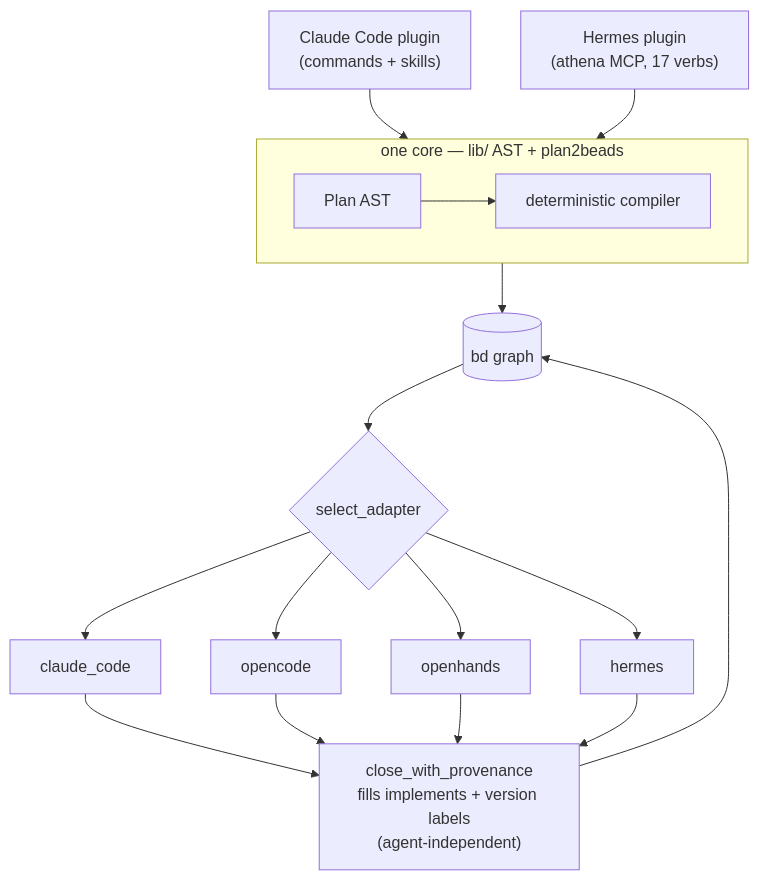
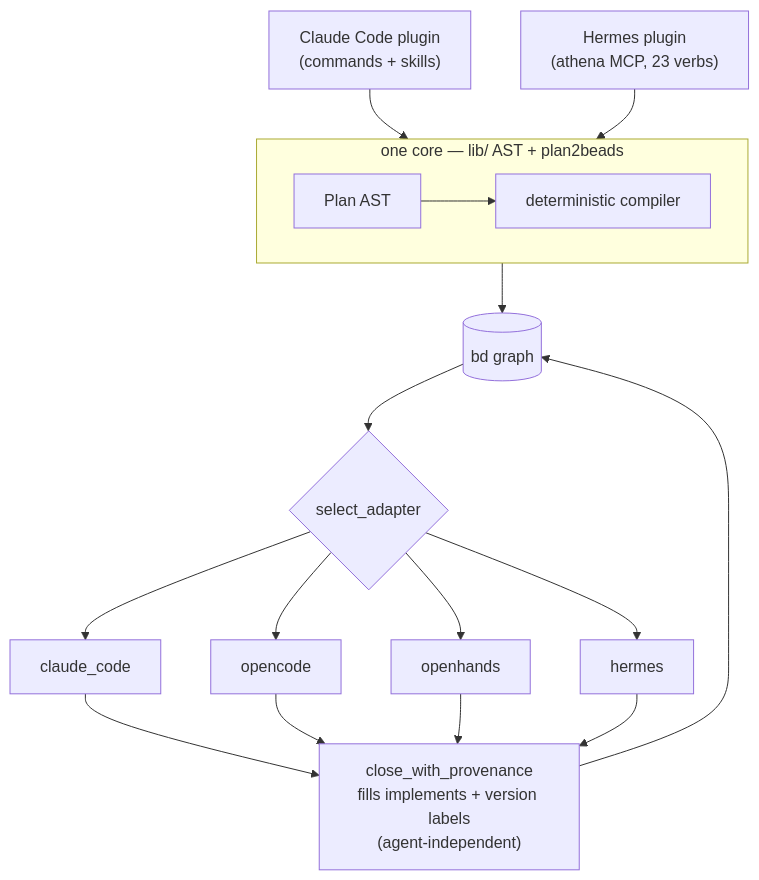
One commit to divnjl2/nexus-athena changed the third of 4 diagrams in README.md. Above: the diagram before and after it, drawn with Mermaid. The commit also changed other lines of this file and 23 other files, not shown here.

````diff
--- a/README.md
+++ b/README.md
@@ -60,16 +66,16 @@
 ```mermaid
 flowchart TB
   CC["Claude Code plugin<br/>(commands + skills)"] --> CORE
-  HP["Hermes plugin<br/>(athena MCP, 17 verbs)"] --> CORE
+  HP["Hermes plugin<br/>(athena MCP, 23 verbs)"] --> CORE
   subgraph CORE["one core — lib/ AST + plan2beads"]
     AST["Plan AST"] --> CMP["deterministic compiler"]
   end
   CORE --> G[("bd graph")]
   G --> SEL{"select_adapter"}
   SEL --> A1["claude_code"]
   SEL --> A2["opencode"]
   SEL --> A3["openhands"]
   SEL --> A4["hermes"]
   A1 & A2 & A3 & A4 --> CWP["close_with_provenance<br/>fills implements + version labels<br/>(agent-independent)"]
   CWP --> G
 ```
````
